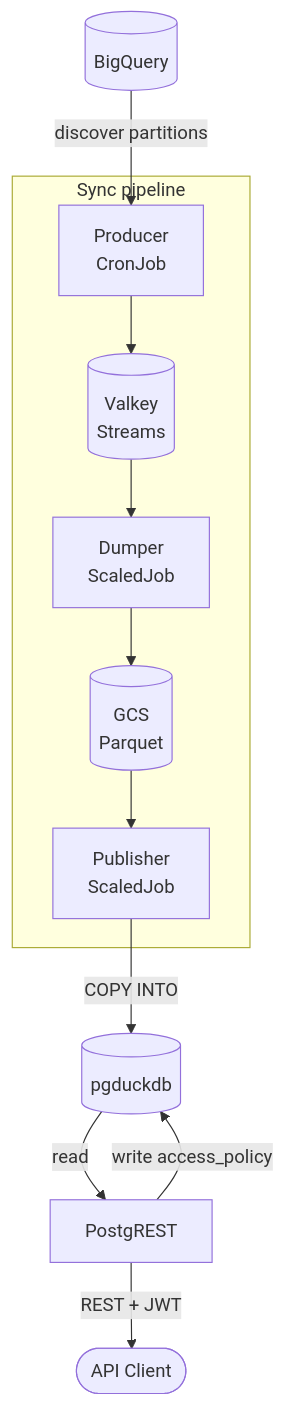
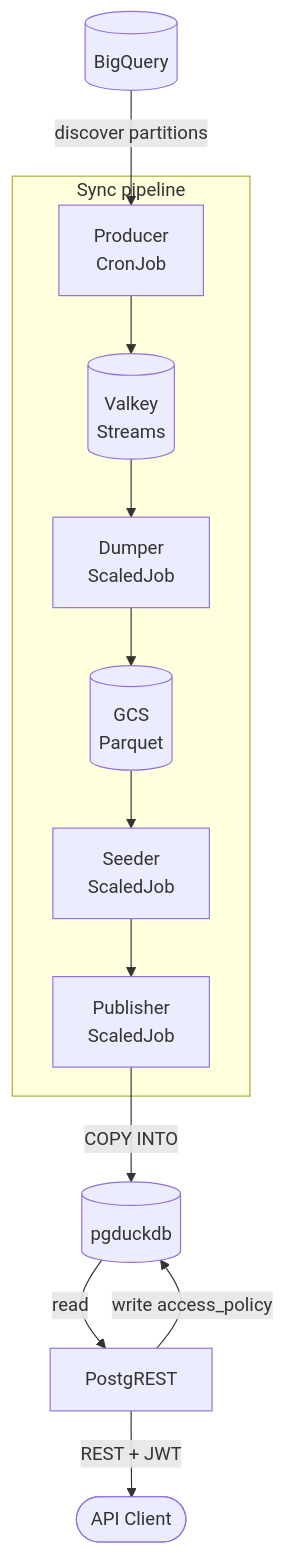
Before and after one commit to prefeitura-rio/data-proxy: the first of 2 diagrams in docs/architecture.md, drawn with Mermaid. The commit also changed other lines of this file and 7 other files, not shown here.

````diff
--- a/docs/architecture.md
+++ b/docs/architecture.md
@@ -45,18 +46,18 @@
 ```mermaid
 flowchart TD
     BQ[(BigQuery)]
     R[(Valkey\nStreams)]
     GCS[(GCS\nParquet)]
     DB[(pgduckdb)]
 
     subgraph pipeline[Sync pipeline]
         P[Producer\nCronJob] --> R --> W[Dumper\nScaledJob]
-        W --> GCS --> FIN[Publisher\nScaledJob]
+        W --> GCS --> S[Seeder\nScaledJob] --> FIN[Publisher\nScaledJob]
     end
 
     BQ -->|discover partitions| P
     FIN -->|COPY INTO| DB
     DB -->|read| PGRST[PostgREST]
     PGRST -->|write access_policy| DB
     PGRST -->|REST + JWT| Client([API Client])
 ```
````
